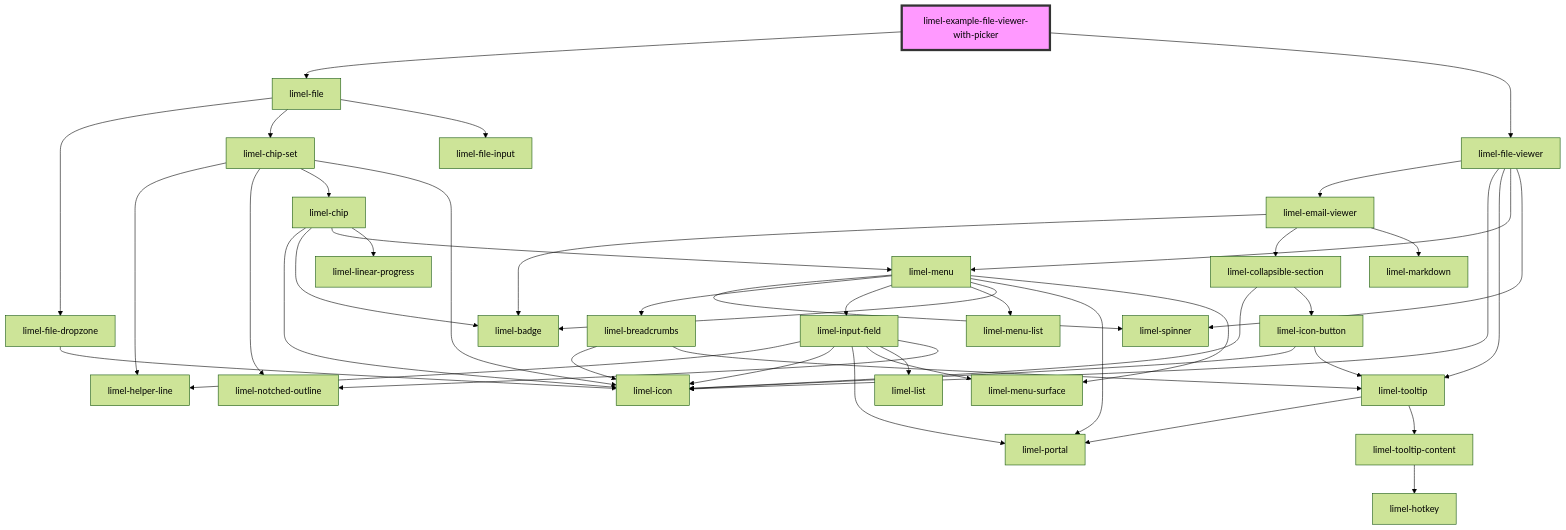
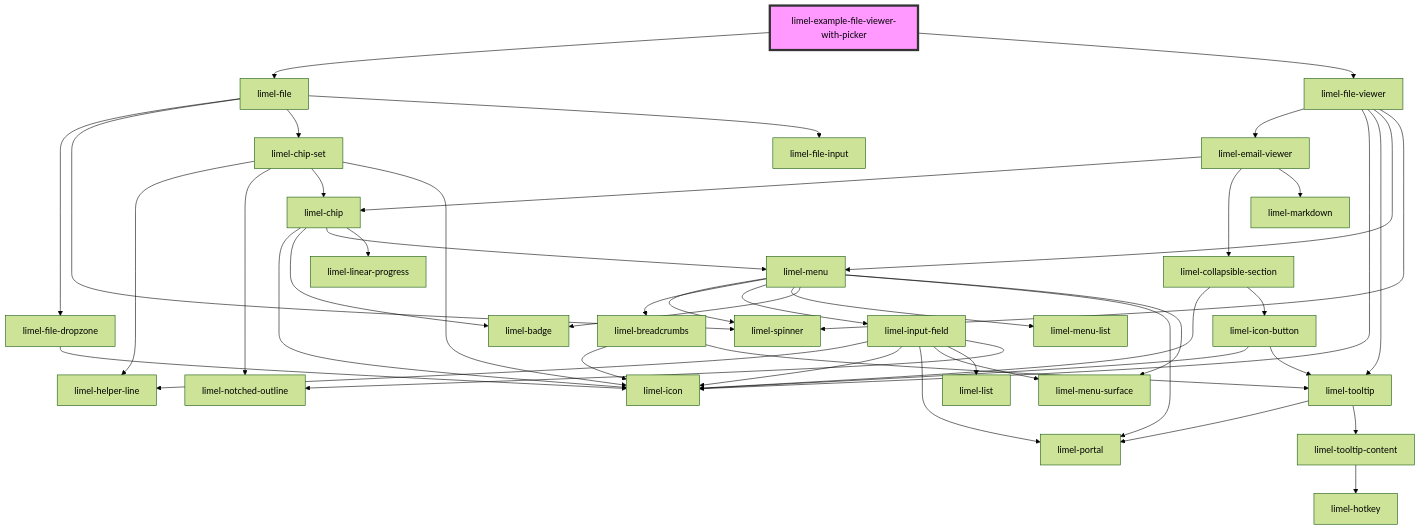
Before and after one commit to Lundalogik/lime-elements: the diagram in versions/PR-4061/markdown-docs/components/file-viewer/examples/readme.md, drawn with Mermaid (forest theme). The commit also changed 974 other files, not shown here.

````diff
--- a/versions/PR-4061/markdown-docs/components/file-viewer/examples/readme.md
+++ b/versions/PR-4061/markdown-docs/components/file-viewer/examples/readme.md
@@ -20,48 +20,49 @@
 ```mermaid
 graph TD;
   limel-example-file-viewer-with-picker --> limel-file
   limel-example-file-viewer-with-picker --> limel-file-viewer
   limel-file --> limel-file-dropzone
+  limel-file --> limel-spinner
   limel-file --> limel-chip-set
   limel-file --> limel-file-input
   limel-file-dropzone --> limel-icon
   limel-chip-set --> limel-helper-line
   limel-chip-set --> limel-notched-outline
   limel-chip-set --> limel-chip
   limel-chip-set --> limel-icon
   limel-chip --> limel-icon
   limel-chip --> limel-badge
   limel-chip --> limel-menu
   limel-chip --> limel-linear-progress
   limel-menu --> limel-spinner
   limel-menu --> limel-breadcrumbs
   limel-menu --> limel-input-field
   limel-menu --> limel-menu-list
   limel-menu --> limel-badge
   limel-menu --> limel-portal
   limel-menu --> limel-menu-surface
   limel-breadcrumbs --> limel-icon
   limel-breadcrumbs --> limel-tooltip
   limel-tooltip --> limel-portal
   limel-tooltip --> limel-tooltip-content
   limel-tooltip-content --> limel-hotkey
   limel-input-field --> limel-helper-line
   limel-input-field --> limel-icon
   limel-input-field --> limel-portal
   limel-input-field --> limel-menu-surface
   limel-input-field --> limel-list
   limel-input-field --> limel-notched-outline
   limel-file-viewer --> limel-email-viewer
   limel-file-viewer --> limel-icon
   limel-file-viewer --> limel-tooltip
   limel-file-viewer --> limel-menu
   limel-file-viewer --> limel-spinner
-  limel-email-viewer --> limel-badge
+  limel-email-viewer --> limel-chip
   limel-email-viewer --> limel-collapsible-section
   limel-email-viewer --> limel-markdown
   limel-collapsible-section --> limel-icon
   limel-collapsible-section --> limel-icon-button
   limel-icon-button --> limel-icon
   limel-icon-button --> limel-tooltip
   style limel-example-file-viewer-with-picker fill:#f9f,stroke:#333,stroke-width:4px
 ```
````
